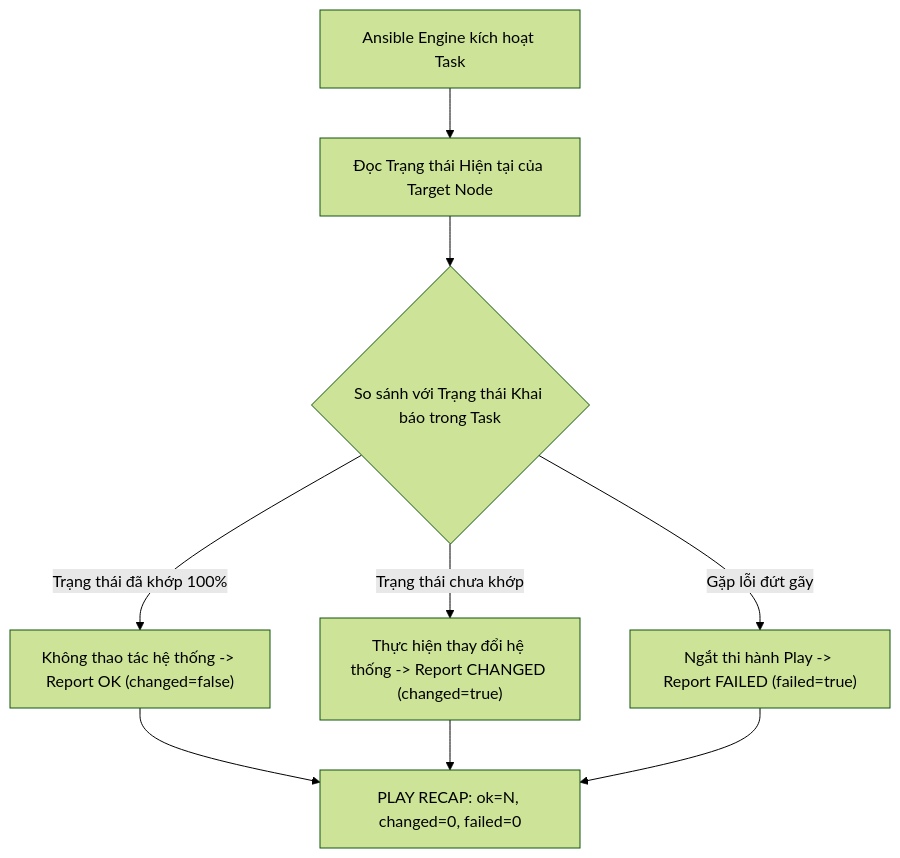
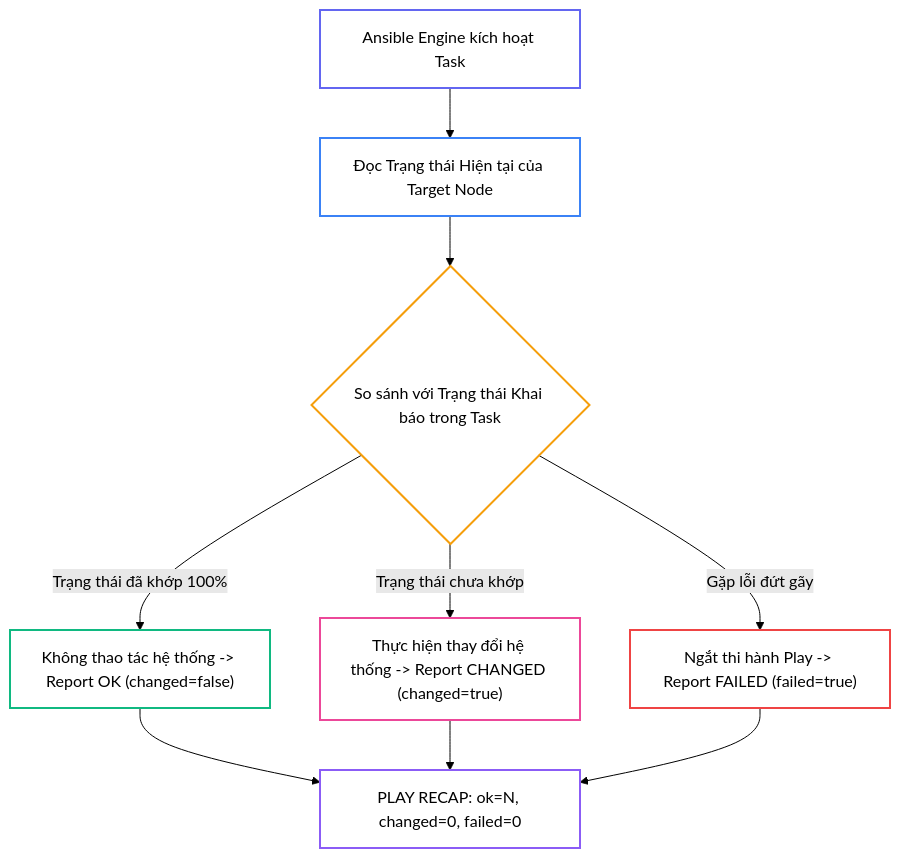
The first of 3 diagrams in _posts/2026-09-13-ansible-06-06-idempotency.md (kiennt308/ntk), drawn with Mermaid (forest theme) before and after one commit. The commit also changed other lines of this file and 30 other files, not shown here.

````diff
--- a/_posts/2026-09-13-ansible-06-06-idempotency.md
+++ b/_posts/2026-09-13-ansible-06-06-idempotency.md
@@ -82,12 +82,20 @@
 ```mermaid
 graph TD
     A["Ansible Engine kích hoạt Task"] --> B["Đọc Trạng thái Hiện tại của Target Node"]
     B --> C{"So sánh với Trạng thái Khai báo trong Task"}
-    C -- "Trạng thái đã khớp 100%" --> D["Không thao tác hệ thống -> Report OK (changed=false)"]
-    C -- "Trạng thái chưa khớp" --> E["Thực hiện thay đổi hệ thống -> Report CHANGED (changed=true)"]
-    C -- "Gặp lỗi đứt gãy" --> F["Ngắt thi hành Play -> Report FAILED (failed=true)"]
+    C -->|"Trạng thái đã khớp 100%"| D["Không thao tác hệ thống -> Report OK (changed=false)"]
+    C -->|"Trạng thái chưa khớp"| E["Thực hiện thay đổi hệ thống -> Report CHANGED (changed=true)"]
+    C -->|"Gặp lỗi đứt gãy"| F["Ngắt thi hành Play -> Report FAILED (failed=true)"]
     
     D --> G["PLAY RECAP: ok=N, changed=0, failed=0"]
     E --> G
     F --> G
+
+    style A fill:none,stroke:#6366f1,stroke-width:2px
+    style B fill:none,stroke:#3b82f6,stroke-width:2px
+    style C fill:none,stroke:#f59e0b,stroke-width:2px
+    style D fill:none,stroke:#10b981,stroke-width:2px
+    style E fill:none,stroke:#ec4899,stroke-width:2px
+    style F fill:none,stroke:#ef4444,stroke-width:2px
+    style G fill:none,stroke:#8b5cf6,stroke-width:2px
 ```
````
